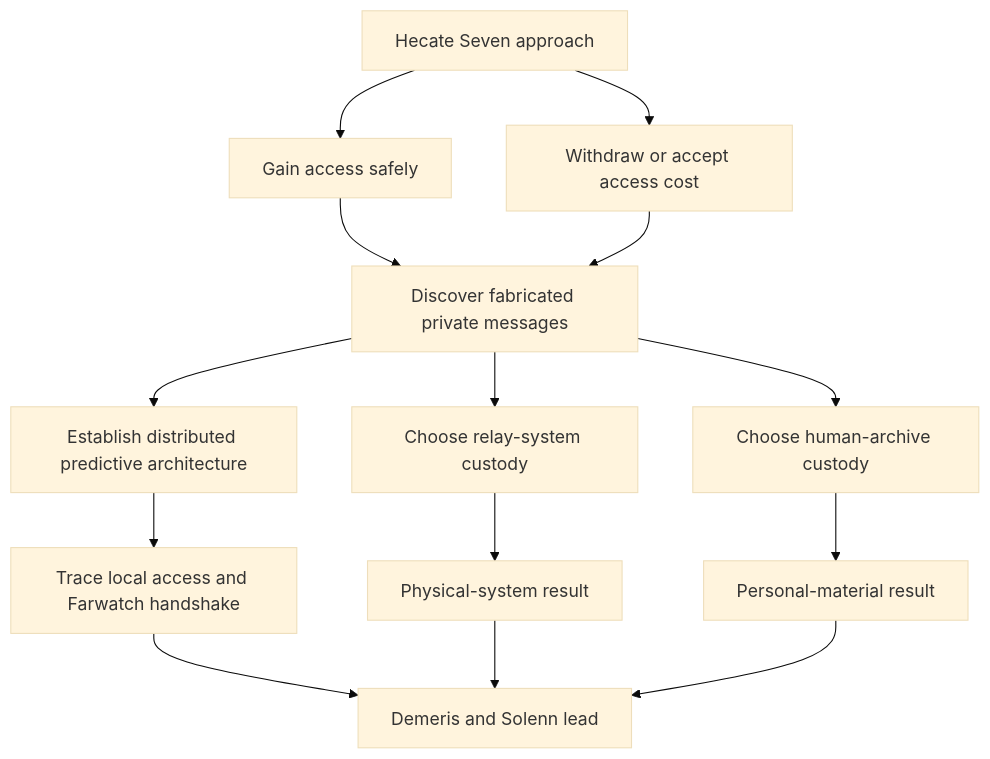
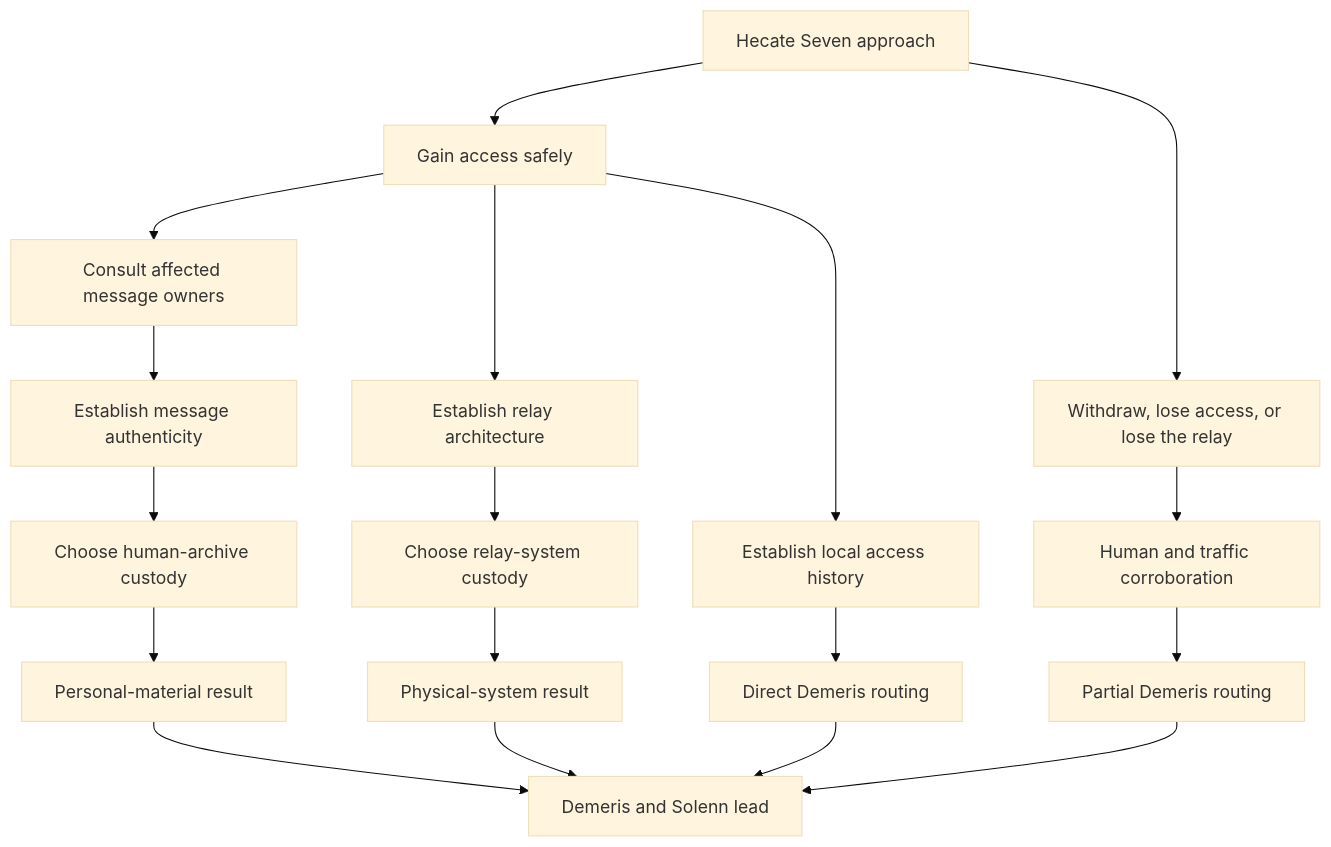
Before and after one commit to MentallyQuill/Directive: the sixth of 14 diagrams in docs/authoring/ASHES_OF_PEACE_ENRICHMENT.md, drawn with Mermaid (base theme). The commit also changed other lines of this file and 4 other files, not shown here.

````diff
--- a/docs/authoring/ASHES_OF_PEACE_ENRICHMENT.md
+++ b/docs/authoring/ASHES_OF_PEACE_ENRICHMENT.md
@@ -334,16 +334,20 @@
 ```mermaid
 flowchart TD
     A[Hecate Seven approach] --> B[Gain access safely]
-    A --> C[Withdraw or accept access cost]
-    B --> D[Discover fabricated private messages]
-    C --> D
-    D --> E[Establish distributed predictive architecture]
-    D --> F[Choose relay-system custody]
-    D --> G[Choose human-archive custody]
-    E --> H[Trace local access and Farwatch handshake]
-    F --> I[Physical-system result]
-    G --> J[Personal-material result]
-    H --> K[Demeris and Solenn lead]
-    I --> K
-    J --> K
+    A --> C[Withdraw, lose access, or lose the relay]
+    B --> D[Consult affected message owners]
+    B --> E[Establish relay architecture]
+    D --> F[Establish message authenticity]
+    B --> G[Establish local access history]
+    F --> H[Choose human-archive custody]
+    E --> I[Choose relay-system custody]
+    G --> J[Direct Demeris routing]
+    C --> K[Human and traffic corroboration]
+    K --> L[Partial Demeris routing]
+    H --> M[Personal-material result]
+    I --> N[Physical-system result]
+    J --> O[Demeris and Solenn lead]
+    L --> O
+    M --> O
+    N --> O
 ```
````
